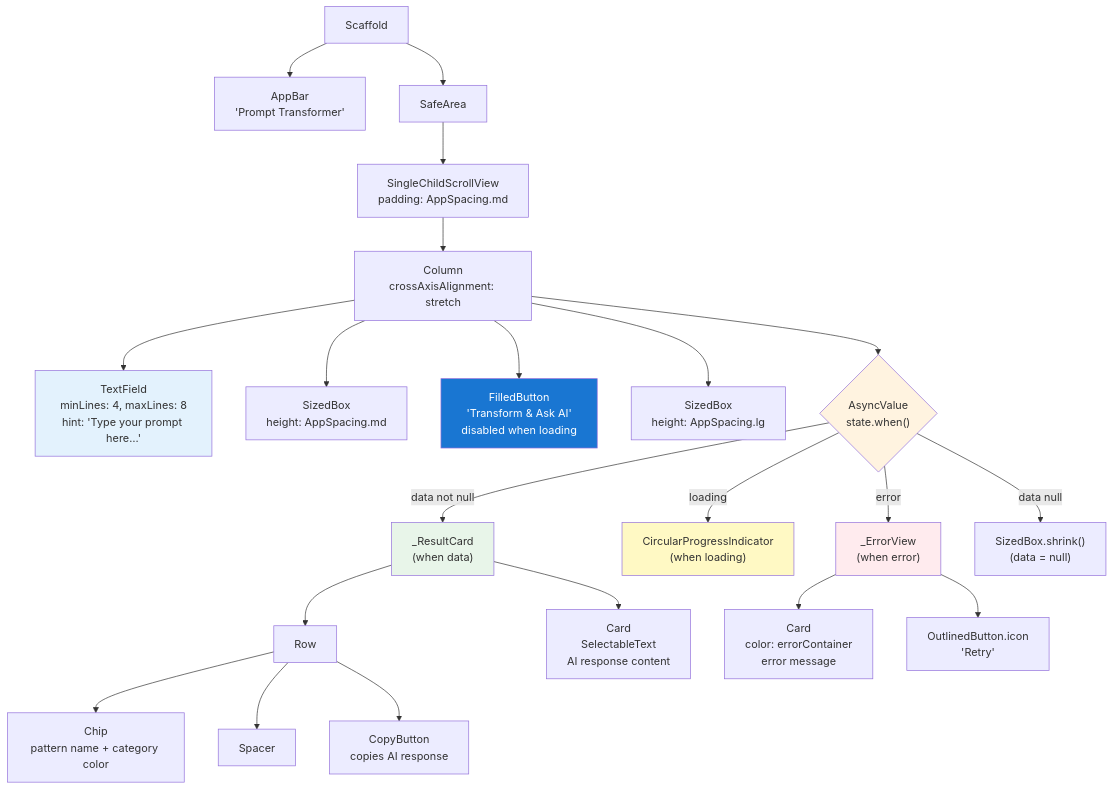
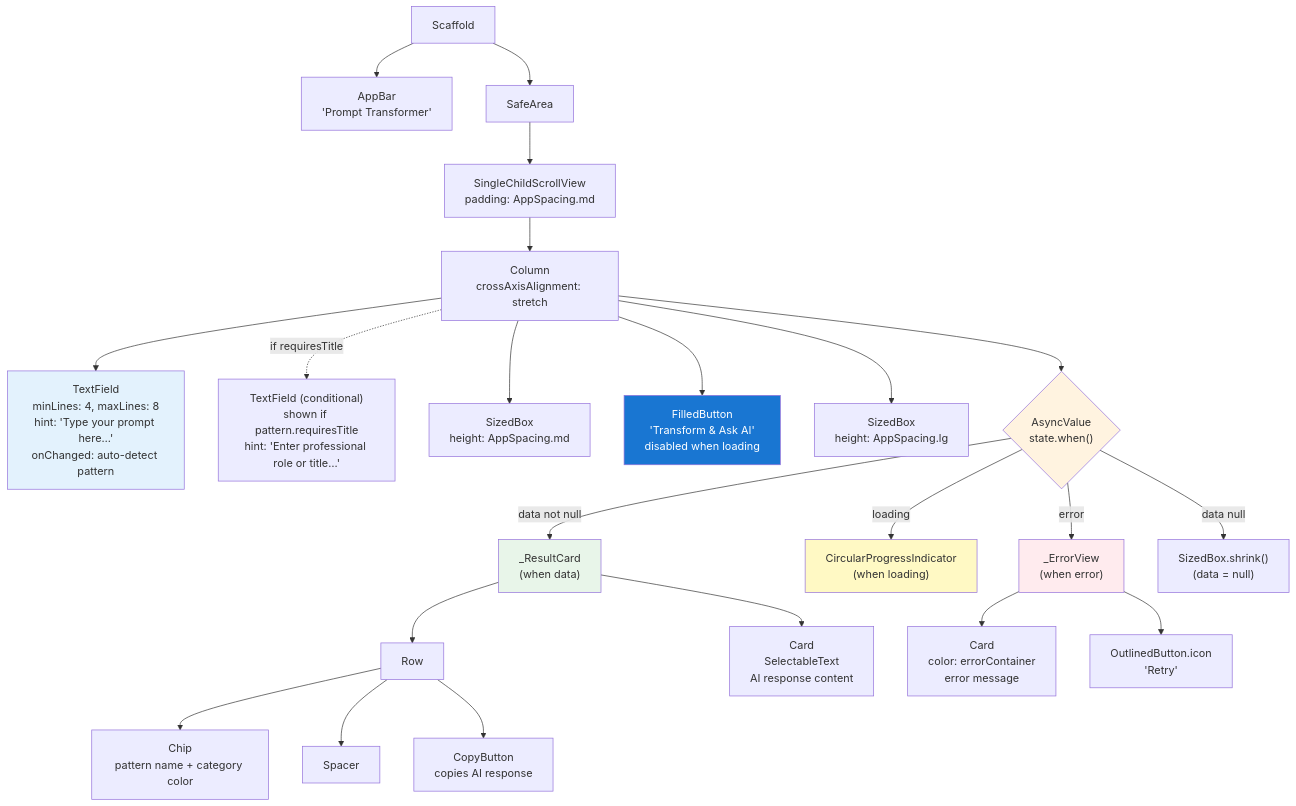
The second of 2 diagrams in lib/features/transformer/presentation/screens/FEATURE.md (haiphan5289/prompt-app), drawn with Mermaid before and after one commit. The commit also changed other lines of this file and 5 other files, not shown here.

````diff
--- a/lib/features/transformer/presentation/screens/FEATURE.md
+++ b/lib/features/transformer/presentation/screens/FEATURE.md
@@ -73,63 +76,65 @@
 ```mermaid
 flowchart TD
     Scaffold["Scaffold"]
     AppBar["AppBar<br/>'Prompt Transformer'"]
     SafeArea["SafeArea"]
     Scroll["SingleChildScrollView<br/>padding: AppSpacing.md"]
     Column["Column<br/>crossAxisAlignment: stretch"]
     
-    TextField["TextField<br/>minLines: 4, maxLines: 8<br/>hint: 'Type your prompt here…'"]
+    TextField["TextField<br/>minLines: 4, maxLines: 8<br/>hint: 'Type your prompt here…'<br/>onChanged: auto-detect pattern"]
+    TitleField["TextField (conditional)<br/>shown if pattern.requiresTitle<br/>hint: 'Enter professional role or title…'"]
     Spacing1["SizedBox<br/>height: AppSpacing.md"]
     Button["FilledButton<br/>'Transform & Ask AI'<br/>disabled when loading"]
     Spacing2["SizedBox<br/>height: AppSpacing.lg"]
     
     StateSwitch{"AsyncValue<br/>state.when()"}
     
     DataView["_ResultCard<br/>(when data)"]
     LoadingView["CircularProgressIndicator<br/>(when loading)"]
     ErrorView["_ErrorView<br/>(when error)"]
     EmptyView["SizedBox.shrink()<br/>(data = null)"]
     
     ResultRow["Row"]
     Chip["Chip<br/>pattern name + category color"]
     Spacer["Spacer"]
     CopyBtn["CopyButton<br/>copies AI response"]
     
     ResultCard["Card<br/>SelectableText<br/>AI response content"]
     
     ErrorCard["Card<br/>color: errorContainer<br/>error message"]
     RetryBtn["OutlinedButton.icon<br/>'Retry'"]
     
     Scaffold --> AppBar
     Scaffold --> SafeArea
     SafeArea --> Scroll
     Scroll --> Column
     
+    Column -.->|if requiresTitle| TitleField
     Column --> TextField
     Column --> Spacing1
     Column --> Button
     Column --> Spacing2
     Column --> StateSwitch
     
     StateSwitch -->|data not null| DataView
     StateSwitch -->|data null| EmptyView
     StateSwitch -->|loading| LoadingView
     StateSwitch -->|error| ErrorView
     
     DataView --> ResultRow
     ResultRow --> Chip
     ResultRow --> Spacer
     ResultRow --> CopyBtn
     
     DataView --> ResultCard
     
     ErrorView --> ErrorCard
     ErrorView --> RetryBtn
     
     style TextField fill:#e3f2fd
     style Button fill:#1976d2,color:#fff
     style StateSwitch fill:#fff3e0
     style DataView fill:#e8f5e9
     style LoadingView fill:#fff9c4
     style ErrorView fill:#ffebee
 ```
````
